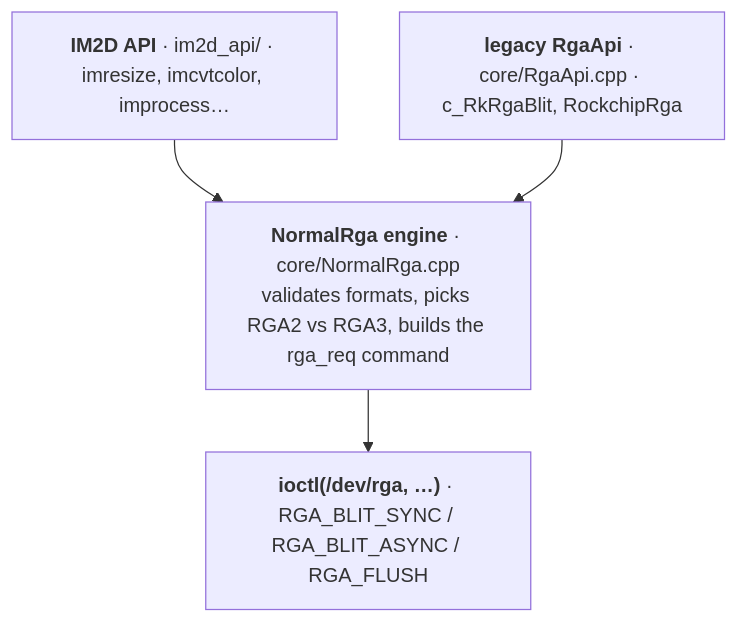
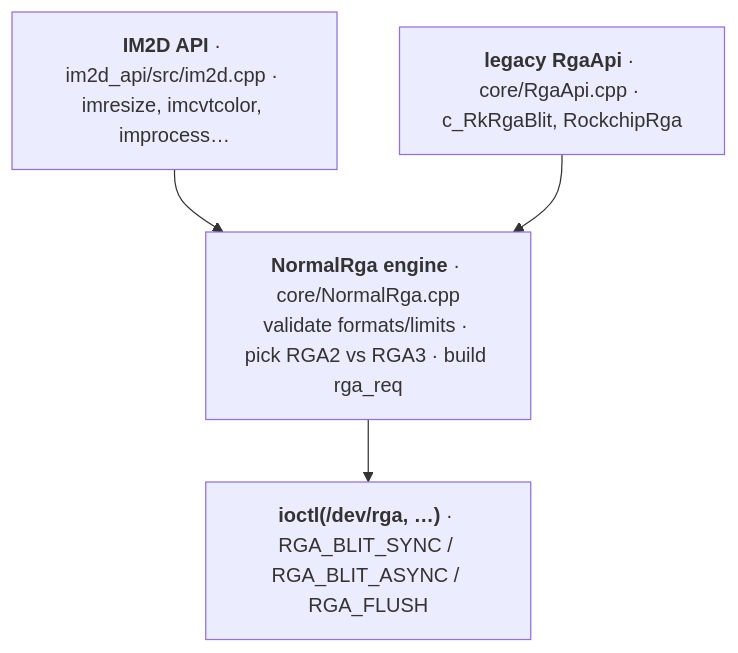
Before and after one commit to yisding/rock-5b-ysp: the fourth of 6 diagrams in docs/10-how-the-userspace-libs-work.md, drawn with Mermaid. The commit also changed other lines of this file and 1 other file, not shown here.

````diff
--- a/docs/10-how-the-userspace-libs-work.md
+++ b/docs/10-how-the-userspace-libs-work.md
@@ -175,10 +205,10 @@
 ```mermaid
 flowchart TB
-  im2d["<b>IM2D API</b> · im2d_api/ · imresize, imcvtcolor, improcess…"]
+  im2d["<b>IM2D API</b> · im2d_api/src/im2d.cpp · imresize, imcvtcolor, improcess…"]
   legacy["<b>legacy RgaApi</b> · core/RgaApi.cpp · c_RkRgaBlit, RockchipRga"]
-  normal["<b>NormalRga engine</b> · core/NormalRga.cpp<br/>validates formats, picks RGA2 vs RGA3, builds the rga_req command"]
+  normal["<b>NormalRga engine</b> · core/NormalRga.cpp<br/>validate formats/limits · pick RGA2 vs RGA3 · build rga_req"]
   dev["<b>ioctl(/dev/rga, …)</b> · RGA_BLIT_SYNC / RGA_BLIT_ASYNC / RGA_FLUSH"]
   im2d --> normal
   legacy --> normal
   normal --> dev
 ```
````
